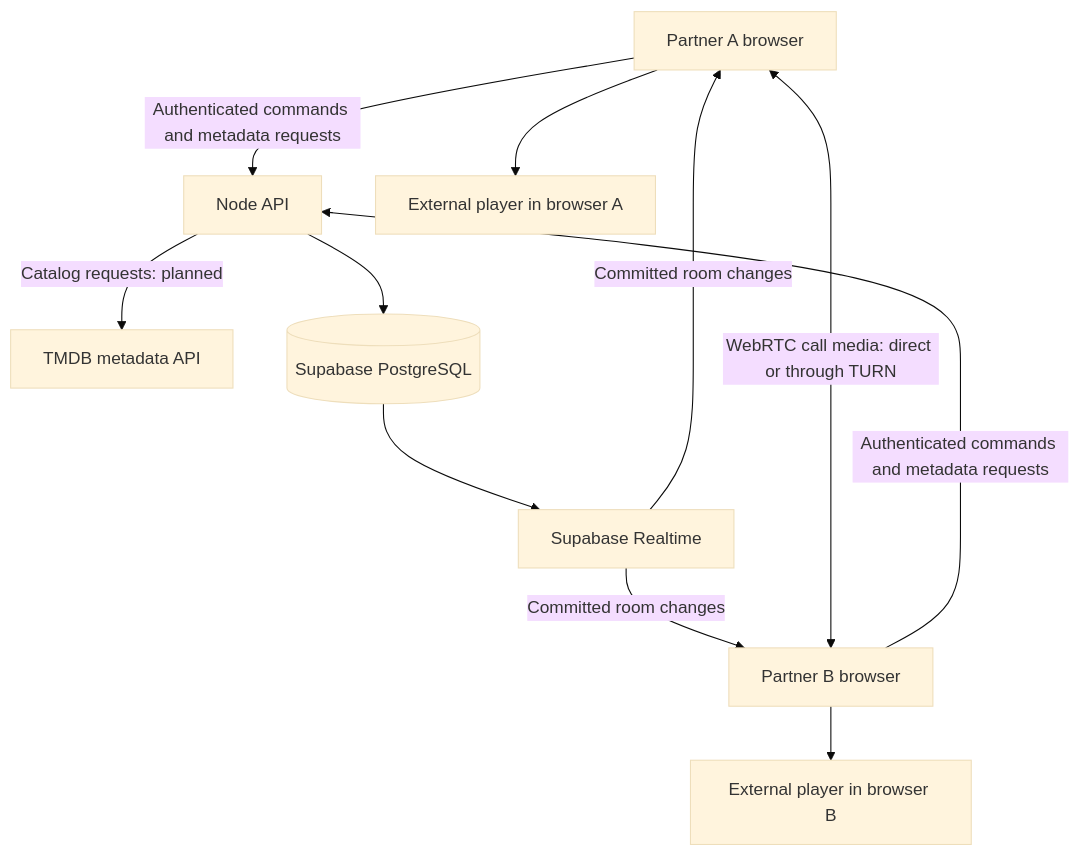
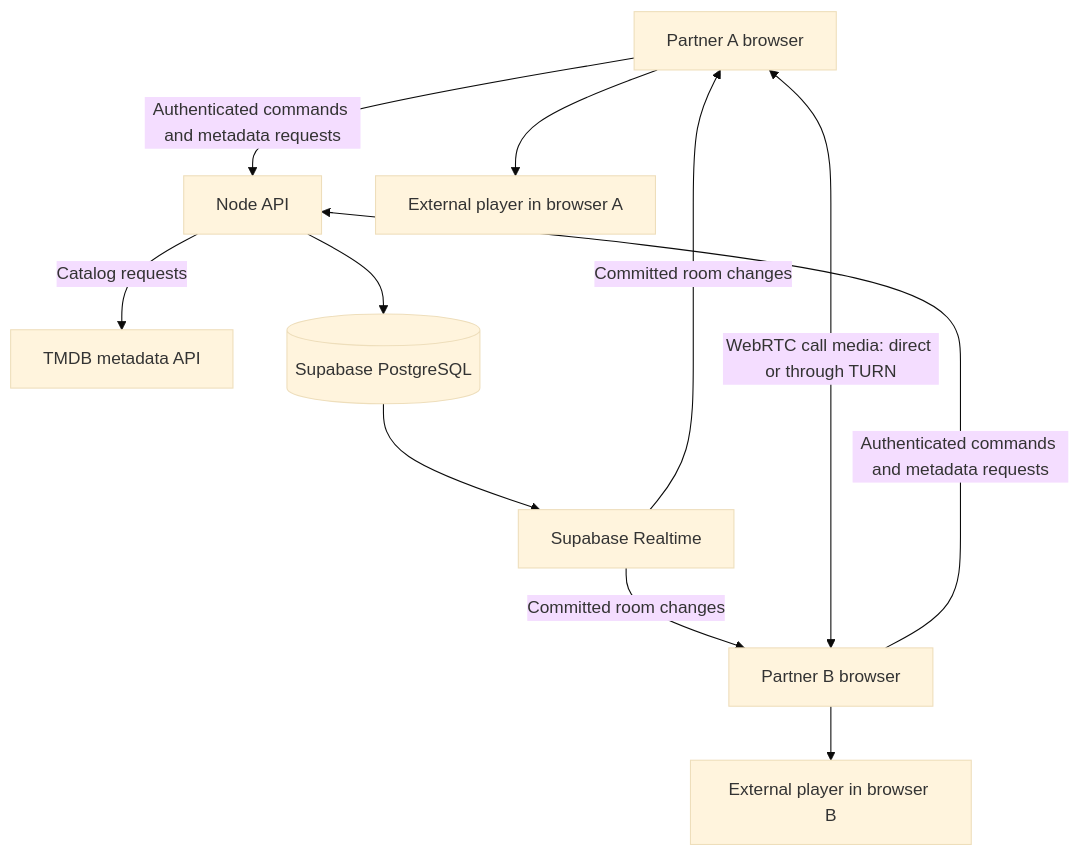
Before and after one commit to tridibcodes-ctrl/watch-together-anything: the second of 2 diagrams in README.md, drawn with Mermaid (base theme). The commit also changed other lines of this file and 1 other file, not shown here.

Commit message:
tmdb part 2

````diff
--- a/README.md
+++ b/README.md
@@ -118,13 +122,13 @@
 ```mermaid
 flowchart TB
   A[Partner A browser] -->|Authenticated commands and metadata requests| API[Node API]
   B[Partner B browser] -->|Authenticated commands and metadata requests| API
-  API -->|Catalog requests: planned| TMDB[TMDB metadata API]
+  API -->|Catalog requests| TMDB[TMDB metadata API]
   API --> DB[(Supabase PostgreSQL)]
   DB --> RT[Supabase Realtime]
   RT -->|Committed room changes| A
   RT -->|Committed room changes| B
   A --> PA[External player in browser A]
   B --> PB[External player in browser B]
   A <-->|WebRTC call media: direct or through TURN| B
 ```
````
